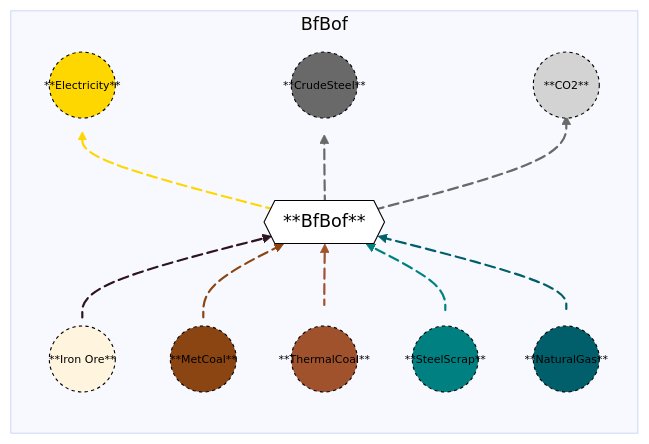
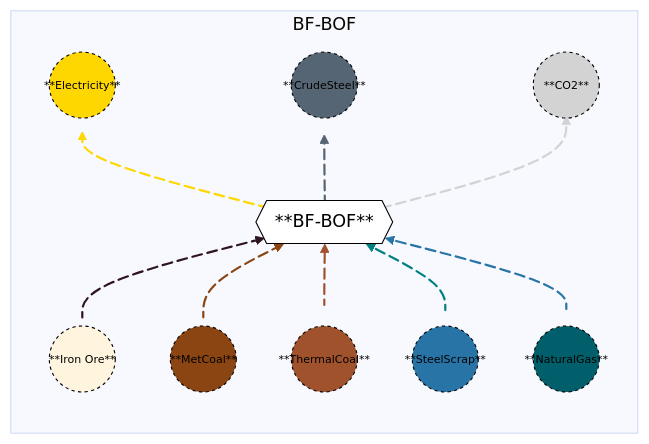
One commit to acheng1757/MacroEnergy-Abbie.jl changed the diagram in docs/src/Manual/assets/blastfurnacebasicoxygenfurnace.md. Above: the diagram before and after it, drawn with Mermaid. The commit also changed other lines of this file, not shown here.

Commit message:
Revise BF-BOF documentation for clarity
Updated terminology and descriptions for clarity and consistency in the documentation of the Blast Furnace Basic Oxygen Furnace (BF-BOF).

````diff
--- a/docs/src/Manual/assets/blastfurnacebasicoxygenfurnace.md
+++ b/docs/src/Manual/assets/blastfurnacebasicoxygenfurnace.md
@@ -28,41 +28,43 @@
 ```mermaid
 %%{init: {'theme': 'base', 'themeVariables': { 'background': '#D1EBDE' }}}%%
 flowchart BT
-  subgraph BfBof
+  subgraph BF-BOF
   direction BT
-    A1(("**Iron Ore**")) e1@-->B{{"**BfBof**"}}
-    A2(("**MetCoal**")) e2@-->B{{"**BfBof**"}}
-    A3(("**ThermalCoal**")) e3@-->B{{"**BfBof**"}}
-    A4(("**SteelScrap**")) e4@-->B{{"**BfBof**"}}
-    A5(("**NaturalGas**")) e5@-->B{{"**BfBof**"}}
-    B{{"**BfBof**"}} e6@-->C1(("**Electricity**"))
-    B{{"**BfBof**"}} e7@-->C2(("**CrudeSteel**"))
-    B{{"**BfBof**"}} e8@-->C3(("**CO2**"))
+    A1(("**Iron Ore**")) e1@-->B{{"**BF-BOF**"}}
+    A2(("**MetCoal**")) e2@-->B{{"**BF-BOF**"}}
+    A3(("**ThermalCoal**")) e3@-->B{{"**BF-BOF**"}}
+    A4(("**SteelScrap**")) e4@-->B{{"**BF-BOF**"}}
+    A5(("**NaturalGas**")) e5@-->B{{"**BF-BOF**"}}
+    B{{"**BF-BOF**"}} e6@-->C1(("**Electricity**"))
+    B{{"**BF-BOF**"}} e7@-->C2(("**CrudeSteel**"))
+    B{{"**BF-BOF**"}} e8@-->C3(("**CO2**"))
 
     e1@{ animate: true }
     e2@{ animate: true }
     e3@{ animate: true }
     e4@{ animate: true }
     e5@{ animate: true }
     e6@{ animate: true }
     e7@{ animate: true }
     e8@{ animate: true }
  end
     style A1 font-size:10px,r:30px,fill:#FFD700D,stroke:black,color:black,stroke-dasharray: 3,5;
     style A2 font-size:10px,r:30px,fill:#8B4513,stroke:black,color:black,stroke-dasharray: 3,5;
     style A3 font-size:10px,r:30px,fill:#A0522D,stroke:black,color:black,stroke-dasharray: 3,5;
-    style A4 font-size:10px,r:30px,fill:#008080,stroke:black,color:black,stroke-dasharray: 3,5;
+    style A4 font-size:10px,r:30px,fill:#2874A6,stroke:black,color:black,stroke-dasharray: 3,5;
     style A5 font-size:10px,r:30px,fill:#005F6A,stroke:black,color:black,stroke-dasharray: 3,5;
     style B fill:white,stroke:black,color:black;
     style C1 font-size:10px,r:30px,fill:#FFD700,stroke:black,color:black,stroke-dasharray: 3,5;
-    style C2 font-size:10px,r:30px,fill:#696969,stroke:black,color:black,stroke-dasharray: 3,5;
+    style C2 font-size:10px,r:30px,fill:#566573,stroke:black,color:black,stroke-dasharray: 3,5;
     style C3 font-size:10px,r:30px,fill:lightgray,stroke:black,color:black,stroke-dasharray: 3,5;
-    linkStyle 0,1 stroke:#FFD700D, stroke-width: 2px;
-    linkStyle 1,2 stroke:#8B4513, stroke-width: 2px;
-    linkStyle 2,3 stroke:#A0522D, stroke-width: 2px;
-    linkStyle 3,4 stroke:#008080, stroke-width: 2px;
-    linkStyle 4,5 stroke:#005F6A, stroke-width: 2px;
-    linkStyle 5,6 stroke:#FFD700, stroke-width: 2px;
-    linkStyle 6,7 stroke:#696969, stroke-width: 2px;
+    linkStyle 0 stroke:#FFD700D, stroke-width: 2px;
+    linkStyle 1 stroke:#8B4513, stroke-width: 2px;
+    linkStyle 2 stroke:#A0522D, stroke-width: 2px;
+    linkStyle 3 stroke:#008080, stroke-width: 2px;
+    linkStyle 4 stroke:#2874A6, stroke-width: 2px;
+    linkStyle 5 stroke:#FFD700, stroke-width: 2px;
+    linkStyle 6 stroke:#566573, stroke-width: 2px;
+    linkStyle 7 stroke:lightgray, stroke-width: 2px;
+
 
 ```
````
